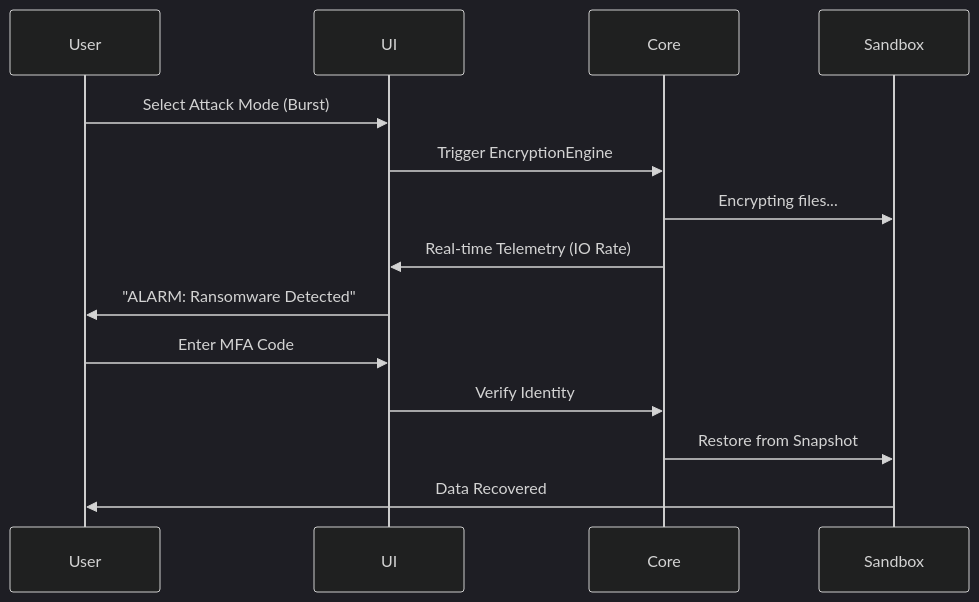
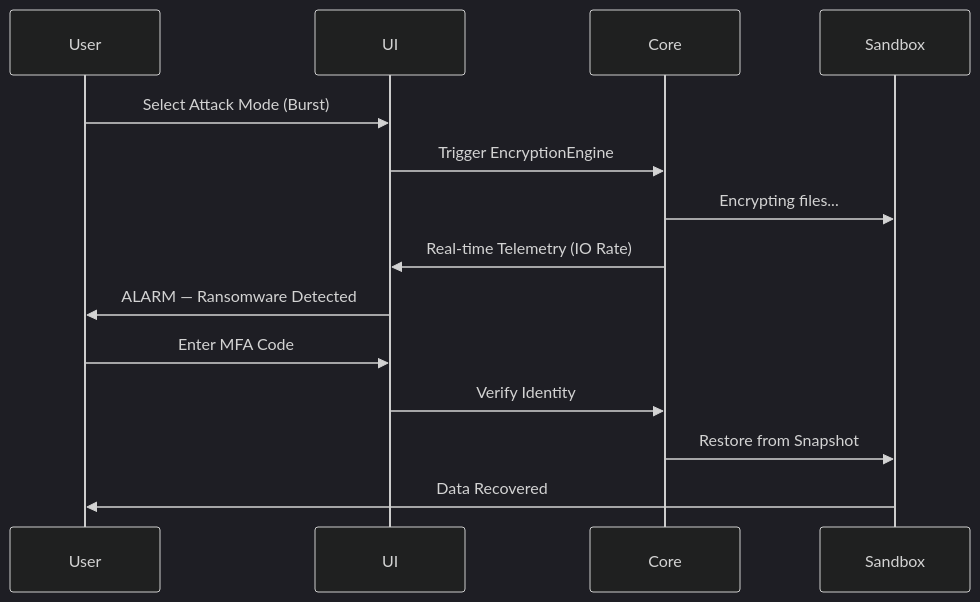
Before and after one commit to muskan-85/CryptoGuard: the second of 2 diagrams in README.md, drawn with Mermaid (dark theme). The commit also changed other lines of this file, not shown here.

Commit message:
Fix README formatting and mermaid diagrams

````diff
--- a/README.md
+++ b/README.md
@@ -125,17 +175,17 @@
 ```mermaid
 sequenceDiagram
     participant User
     participant UI
     participant Core
     participant Sandbox
 
     User->>UI: Select Attack Mode (Burst)
     UI->>Core: Trigger EncryptionEngine
     Core->>Sandbox: Encrypting files...
     Core->>UI: Real-time Telemetry (IO Rate)
-    UI->>User: "ALARM: Ransomware Detected"
+    UI->>User: ALARM — Ransomware Detected
     User->>UI: Enter MFA Code
     UI->>Core: Verify Identity
     Core->>Sandbox: Restore from Snapshot
     Sandbox->>User: Data Recovered
 ```
````
